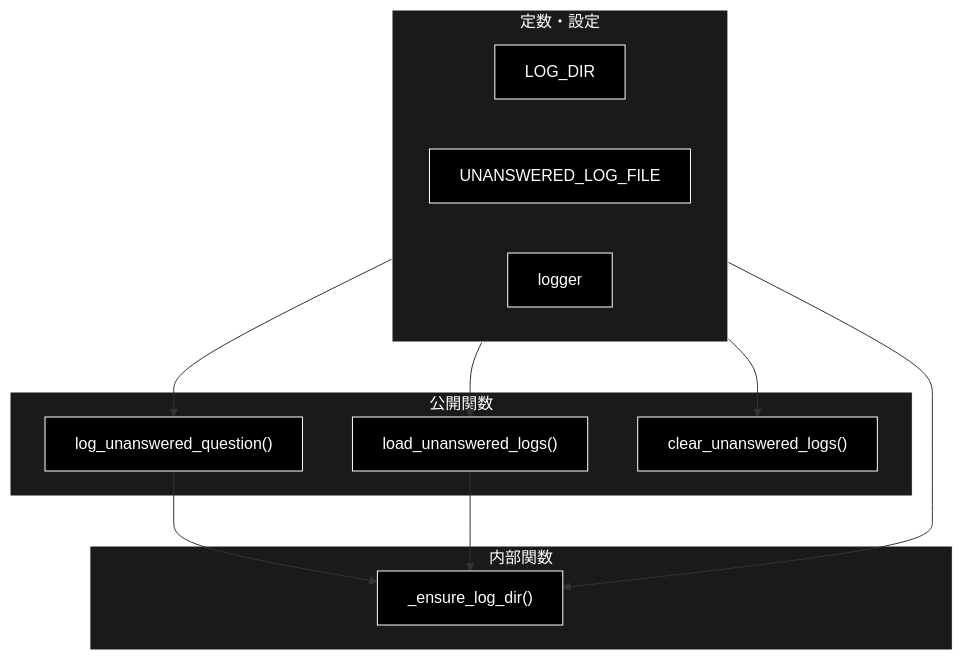
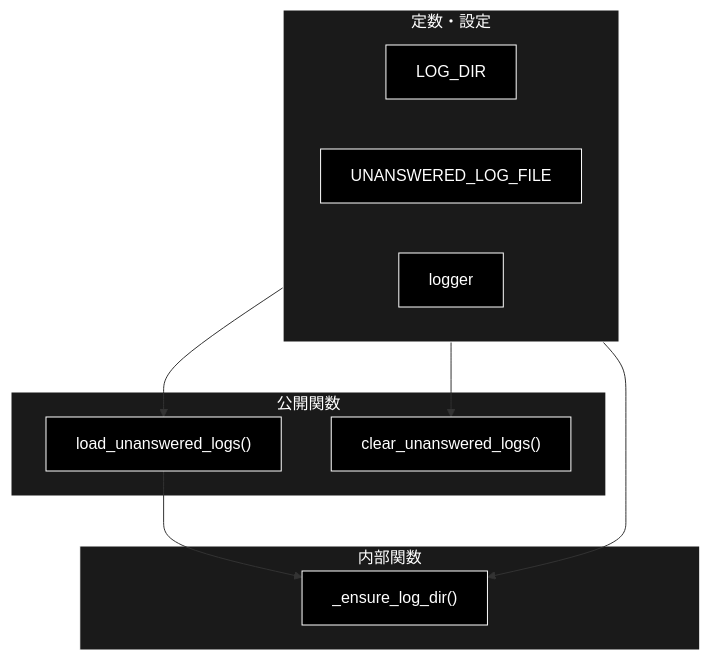
One commit to nakashima2toshio/grace_v2 changed the second of 3 diagrams in services/docs/log_service.md. Above: the diagram before and after it, drawn with Mermaid. The commit also changed other lines of this file and 7 other files, not shown here.

First line of the commit message:
refactor: 呼び出し元の無くなった log_unanswered_question / generate_with_tools を削除

````diff
--- a/services/docs/log_service.md
+++ b/services/docs/log_service.md
@@ -107,31 +103,28 @@
 ```mermaid
 flowchart TB
     subgraph CONST["定数・設定"]
         LOGDIR["LOG_DIR"]
         LOGFILE["UNANSWERED_LOG_FILE"]
         LOGGER["logger"]
     end
 
     subgraph INTERNAL["内部関数"]
         ENSURE["_ensure_log_dir()"]
     end
 
     subgraph PUBLIC["公開関数"]
-        LOG["log_unanswered_question()"]
         LOAD["load_unanswered_logs()"]
         CLEAR["clear_unanswered_logs()"]
     end
 
     CONST --> ENSURE
-    CONST --> LOG
     CONST --> LOAD
     CONST --> CLEAR
-    LOG --> ENSURE
     LOAD --> ENSURE
 classDef default fill:#000,stroke:#fff,color:#fff
 classDef subgraphStyle fill:#1a1a1a,stroke:#fff,color:#fff
-class LOGDIR,LOGFILE,LOGGER,ENSURE,LOG,LOAD,CLEAR default
+class LOGDIR,LOGFILE,LOGGER,ENSURE,LOAD,CLEAR default
 style CONST fill:#1a1a1a,stroke:#fff,color:#fff
 style INTERNAL fill:#1a1a1a,stroke:#fff,color:#fff
 style PUBLIC fill:#1a1a1a,stroke:#fff,color:#fff
 ```
````
